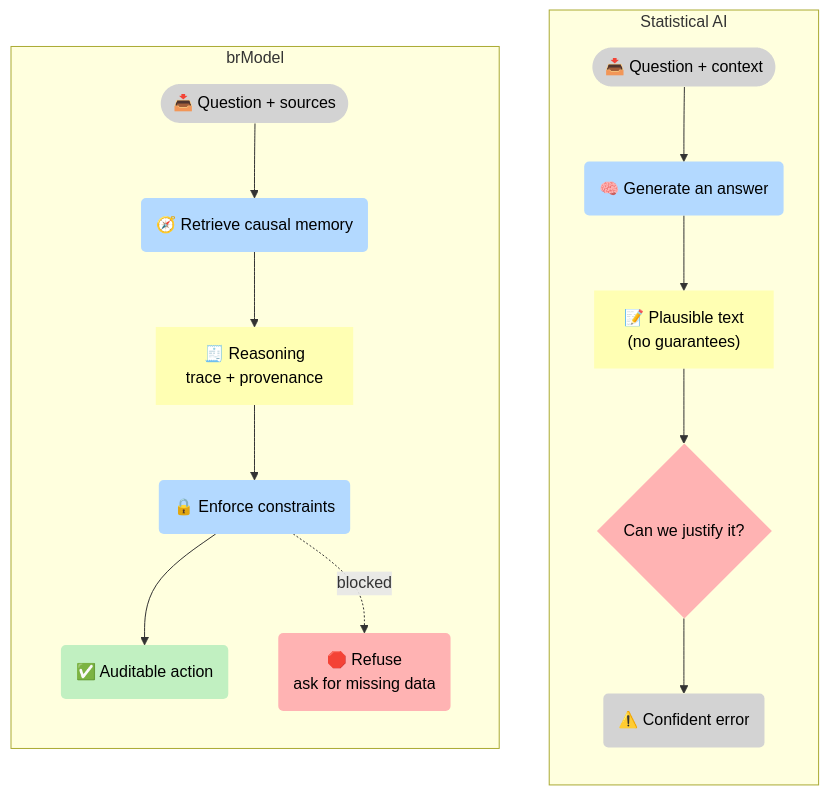
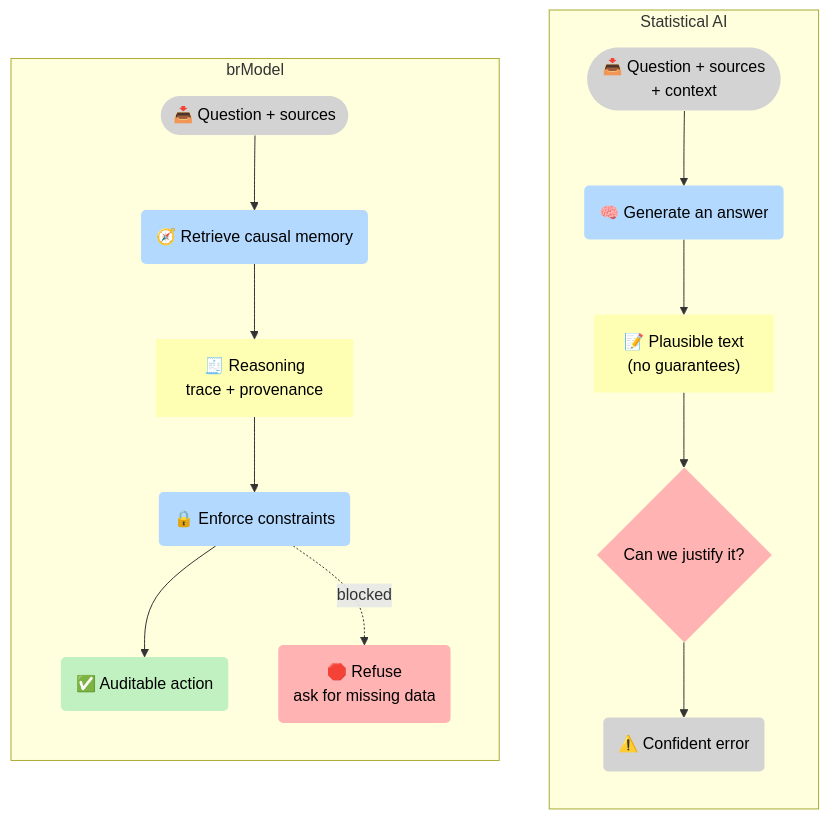
The second of 5 diagrams in docs/index.md (5Reasons/5reasons.github.io), drawn with Mermaid before and after one commit. The commit also changed other lines of this file and 1 other file, not shown here.

````diff
--- a/docs/index.md
+++ b/docs/index.md
@@ -154,37 +163,37 @@
 ```mermaid
 flowchart TB
 %% Styles (brModel Standard)
 classDef i fill:#D3D3D3,stroke-width:0px,color:#000;
 classDef p fill:#B3D9FF,stroke-width:0px,color:#000;
 classDef r fill:#FFFFB3,stroke-width:0px,color:#000;
 classDef o fill:#C1F0C1,stroke-width:0px,color:#000;
 classDef s fill:#FFB3B3,stroke-width:0px,color:#000;
 
 subgraph S1["Statistical AI"]
 direction TB
-I_Q1(["📥 Question + context"]):::i
+I_Q1(["📥 Question + sources <br>+ context"]):::i
 P_LLM1("🧠 Generate an answer"):::p
 R_Text1["📝 Plausible text<br>(no guarantees)"]:::r
 P_Check1{"Can we justify it?"}:::s
 S_Error1("⚠️ Confident error"):::i
 I_Q1 --> P_LLM1 --> R_Text1 --> P_Check1 --> S_Error1
 end
 
 subgraph S2["brModel"]
 direction TB
 I_Q2(["📥 Question + sources"]):::i
 P_Memory("🧭 Retrieve causal memory"):::p
 R_Trace["🧾 Reasoning<br>trace + provenance"]:::r
 P_Constraints("🔒 Enforce constraints"):::p
 O_Safe("✅ Auditable action"):::o
 S_Block("🛑 Refuse <br>ask for missing data"):::s
 I_Q2 --> P_Memory --> R_Trace --> P_Constraints --> O_Safe
 P_Constraints -. "blocked" .-> S_Block
 end
 
 
 
 click P_Memory "/methodology/causalgraphrag/" "CausalGraphRAG"
 click P_Constraints "/methodology/constraints/" "Constraints & SHACL"
 click R_Trace "/methodology/llm-tool-rag/" "LLM + Tool + RAG"
 ```
````
